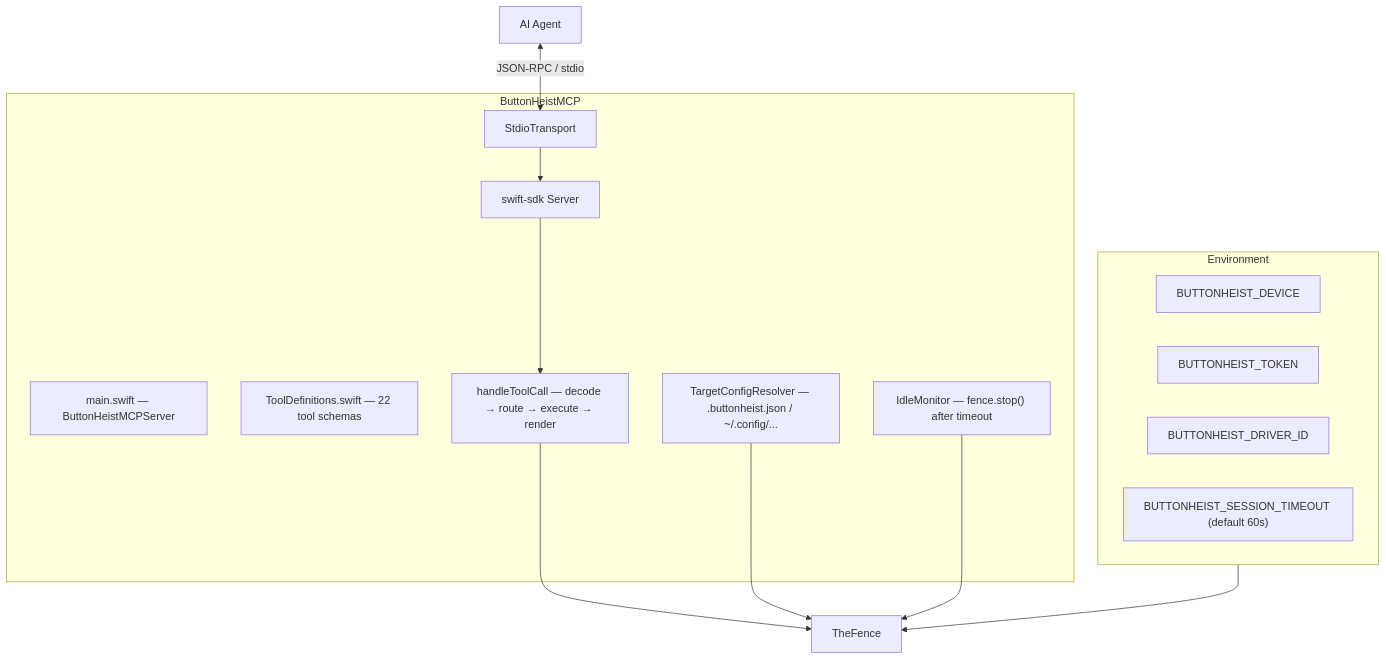
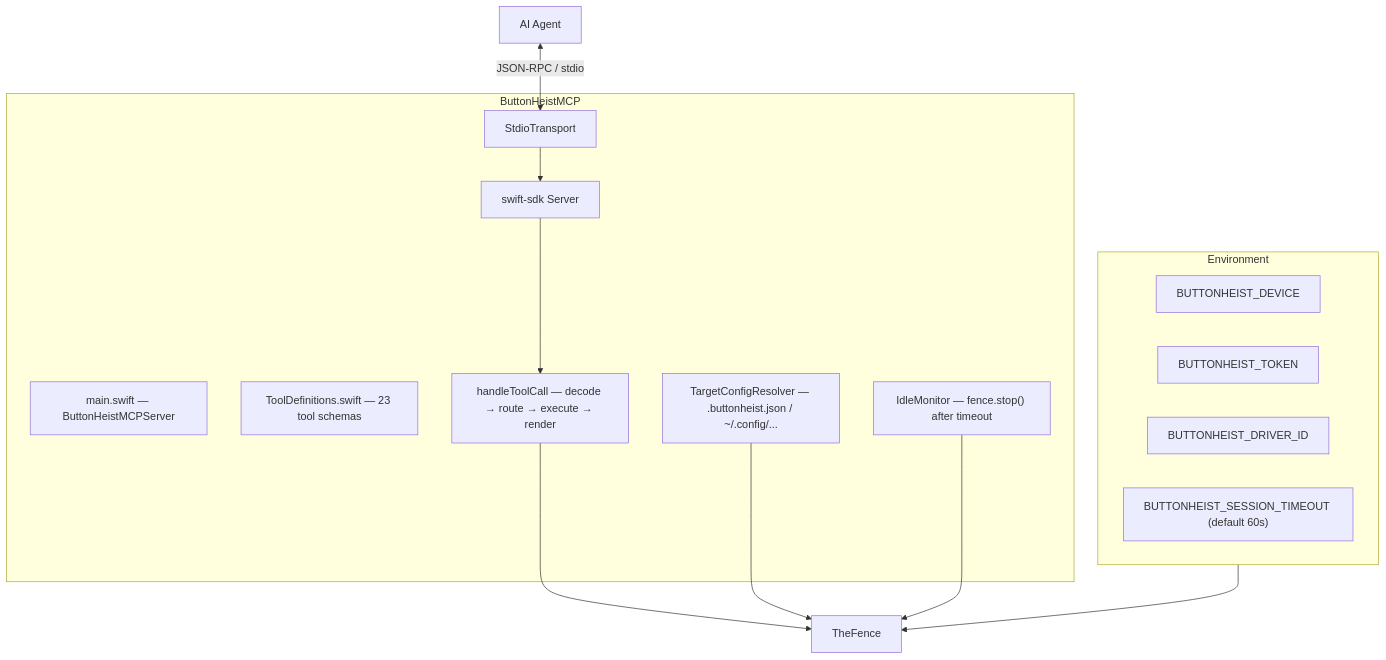
One commit to RoyalPineapple/TheButtonHeist changed the first of 2 diagrams in docs/dossiers/12-MCP.md. Above: the diagram before and after it, drawn with Mermaid. The commit also changed other lines of this file and 17 other files, not shown here.

````diff
--- a/docs/dossiers/12-MCP.md
+++ b/docs/dossiers/12-MCP.md
@@ -29,27 +29,27 @@
 ```mermaid
 graph TD
     subgraph MCP["ButtonHeistMCP"]
         Main["main.swift — ButtonHeistMCPServer"]
         Server["swift-sdk Server"]
         Transport["StdioTransport"]
-        Tools["ToolDefinitions.swift — 22 tool schemas"]
+        Tools["ToolDefinitions.swift — 23 tool schemas"]
         Handler["handleToolCall — decode → route → execute → render"]
         Idle["IdleMonitor — fence.stop() after timeout"]
         Config["TargetConfigResolver — .buttonheist.json / ~/.config/..."]
     end
 
     subgraph Env["Environment"]
         Device["BUTTONHEIST_DEVICE"]
         Token["BUTTONHEIST_TOKEN"]
         Driver["BUTTONHEIST_DRIVER_ID"]
         Timeout["BUTTONHEIST_SESSION_TIMEOUT (default 60s)"]
     end
 
     Agent["AI Agent"] <-->|JSON-RPC / stdio| Transport
     Transport --> Server
     Server --> Handler
     Handler --> TheFence["TheFence"]
     Config --> TheFence
     Env --> TheFence
     Idle --> TheFence
 ```
````
